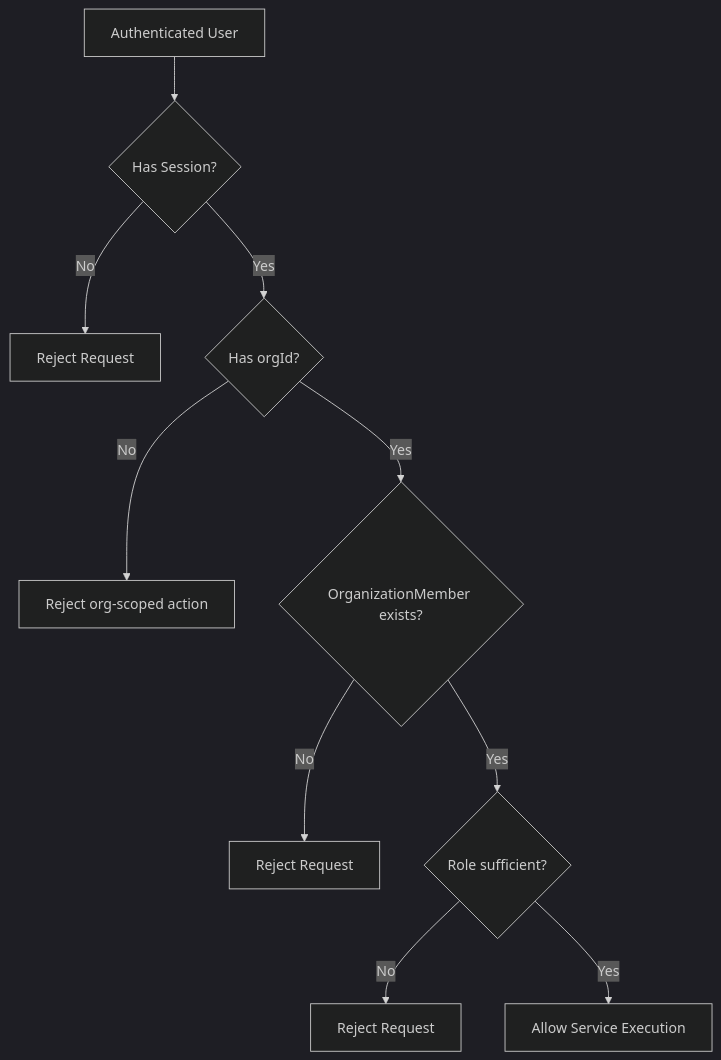
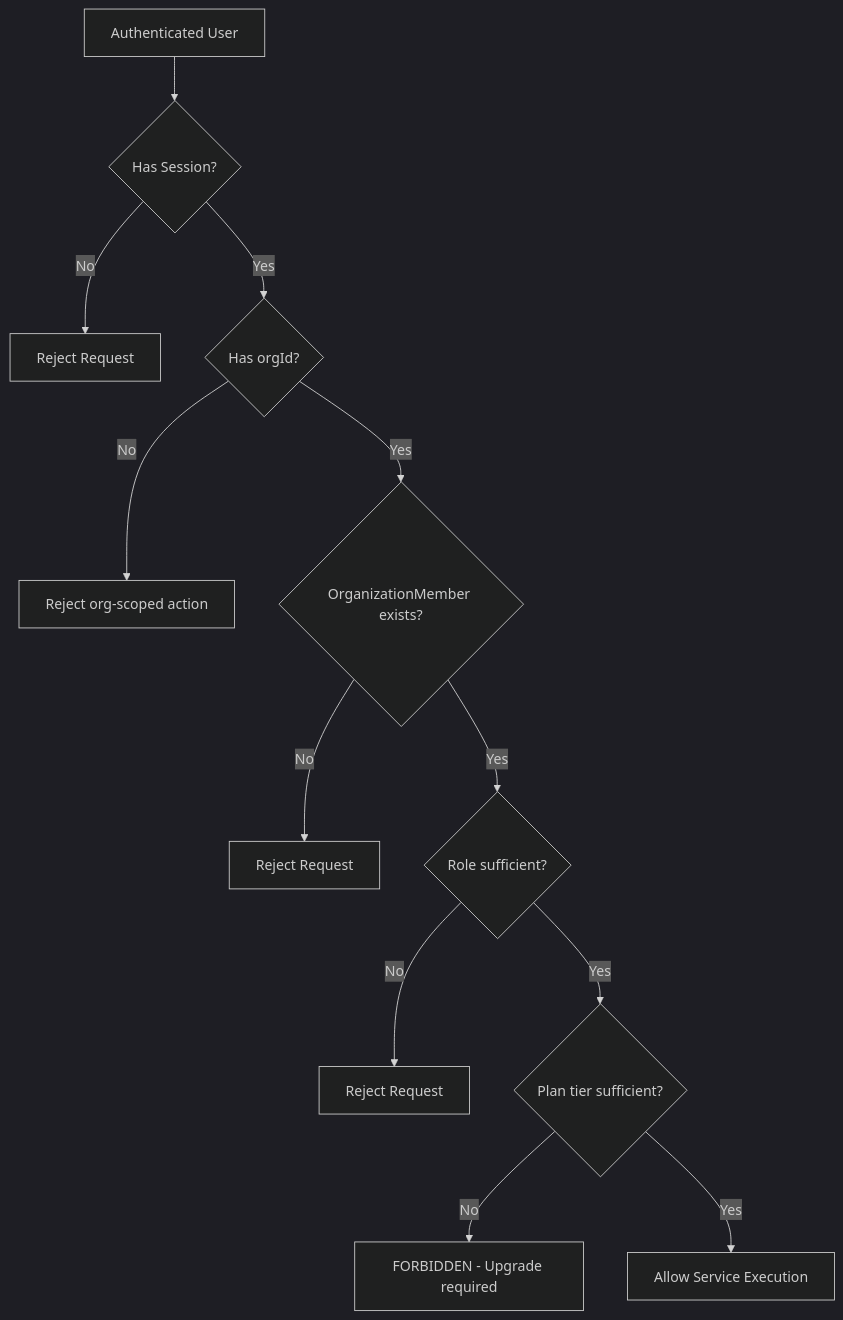
One commit to thehashrocket/volunteerready.org changed the ninth of 11 diagrams in docs/SYSTEM_DIAGRAM.md. Above: the diagram before and after it, drawn with Mermaid (dark theme). The commit also changed other lines of this file and 5 other files, not shown here.

First line of the commit message:
docs: sync project documentation with current architecture and domain model

````diff
--- a/docs/SYSTEM_DIAGRAM.md
+++ b/docs/SYSTEM_DIAGRAM.md
@@ -273,12 +402,14 @@
 ```mermaid
 flowchart TD
     A[Authenticated User] --> B{Has Session?}
     B -- No --> C[Reject Request]
     B -- Yes --> D{Has orgId?}
     D -- No --> E[Reject org-scoped action]
     D -- Yes --> F{OrganizationMember exists?}
     F -- No --> G[Reject Request]
     F -- Yes --> H{Role sufficient?}
     H -- No --> I[Reject Request]
-    H -- Yes --> J[Allow Service Execution]
+    H -- Yes --> J{Plan tier sufficient?}
+    J -- No --> K[FORBIDDEN - Upgrade required]
+    J -- Yes --> L[Allow Service Execution]
 ```
````
